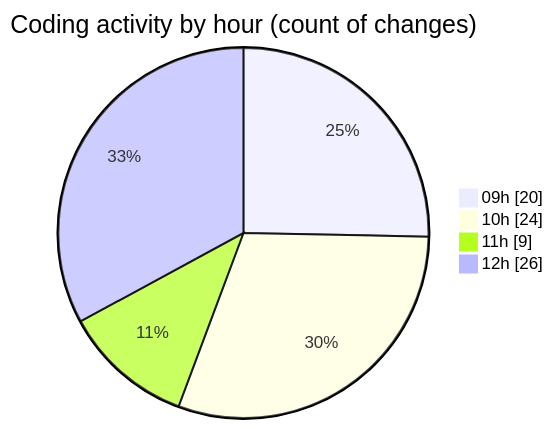
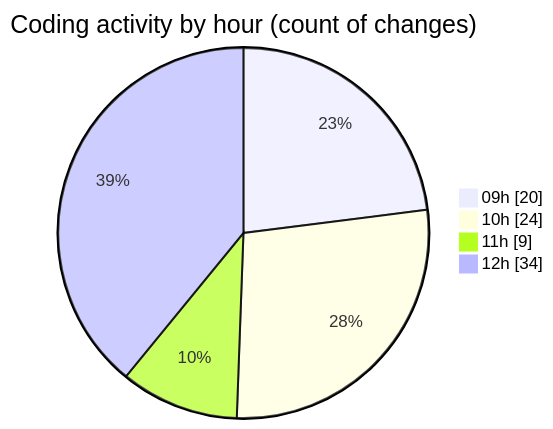
The second of 2 diagrams in 2025-05-19/cda/README.md (momahboobian/code-tracking), drawn with Mermaid before and after one commit. The commit also changed other lines of this file and 1 other file, not shown here.

````diff
--- a/2025-05-19/cda/README.md
+++ b/2025-05-19/cda/README.md
@@ -40,8 +40,8 @@
 ```mermaid
 pie showData
 title Coding activity by hour (count of changes)
 "09h" : 20
 "10h" : 24
 "11h" : 9
-"12h" : 26
+"12h" : 34
 ```
````
